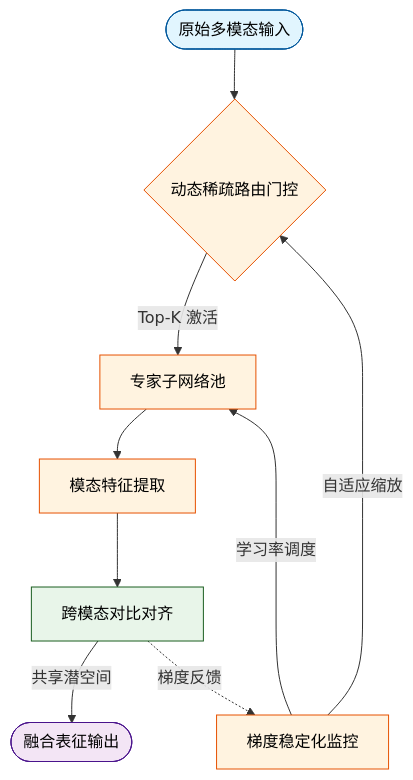
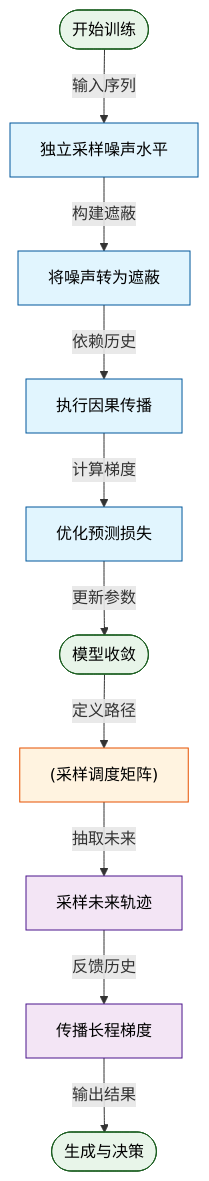
One commit to ShinewineW/paper-rolling changed the second of 10 diagrams in person_vault/2026-06-13_DiffusionForcingNextTokenPredictionMeets_2407.01392/report.md. Above: the diagram before and after it, drawn with Mermaid. The commit also changed other lines of this file and 51 other files, not shown here.

````diff
--- a/person_vault/2026-06-13_DiffusionForcingNextTokenPredictionMeets_2407.01392/report.md
+++ b/person_vault/2026-06-13_DiffusionForcingNextTokenPredictionMeets_2407.01392/report.md
@@ -93,21 +123,18 @@
 ```mermaid
-flowchart TD
-    classDef input fill:#e1f5fe,stroke:#01579b,color:#000;
-    classDef process fill:#fff3e0,stroke:#e65100,color:#000;
-    classDef align fill:#e8f5e9,stroke:#1b5e20,color:#000;
-    classDef output fill:#f3e5f5,stroke:#4a148c,color:#000;
+flowchart TB
+  classDef proc fill:#e1f5fe,stroke:#01579b,color:#000;
+  classDef data fill:#fff3e0,stroke:#e65100,color:#000;
+  classDef term fill:#e8f5e9,stroke:#1b5e20,color:#000;
+  classDef guide fill:#f3e5f5,stroke:#4a148c,color:#000;
 
-    raw_input(["原始多模态输入"]):::input --> router{动态稀疏路由门控}:::process
-    router -->|Top-K 激活| expert_pool["专家子网络池"]:::process
-    expert_pool --> feature_extract["模态特征提取"]:::process
-    feature_extract --> align_loss["跨模态对比对齐"]:::align
-    align_loss -->|共享潜空间| fused_repr(["融合表征输出"]):::output
-    align_loss -.->|梯度反馈| grad_monitor["梯度稳定化监控"]:::process
-    grad_monitor -->|自适应缩放| router
-    grad_monitor -->|学习率调度| expert_pool
+  start_train(["开始训练"]):::term -->|输入序列| sample_noise["独立采样噪声水平"]:::proc
+  sample_noise -->|构建遮蔽| apply_mask["将噪声转为遮蔽"]:::proc
+  apply_mask -->|依赖历史| cdf_forward["执行因果传播"]:::proc
+  cdf_forward -->|计算梯度| compute_loss["优化预测损失"]:::proc
+  compute_loss -->|更新参数| end_train(["模型收敛"]):::term
 
-    class router,expert_pool,feature_extract,grad_monitor process;
-    class align_loss align;
-    class raw_input input;
-    class fused_repr output;
+  end_train -->|定义路径| schedule_matrix["(采样调度矩阵)"]:::data
+  schedule_matrix -->|抽取未来| mcg_sample["采样未来轨迹"]:::guide
+  mcg_sample -->|反馈历史| propagate_grad["传播长程梯度"]:::guide
+  propagate_grad -->|输出结果| final_output(["生成与决策"]):::term
 ```
````
